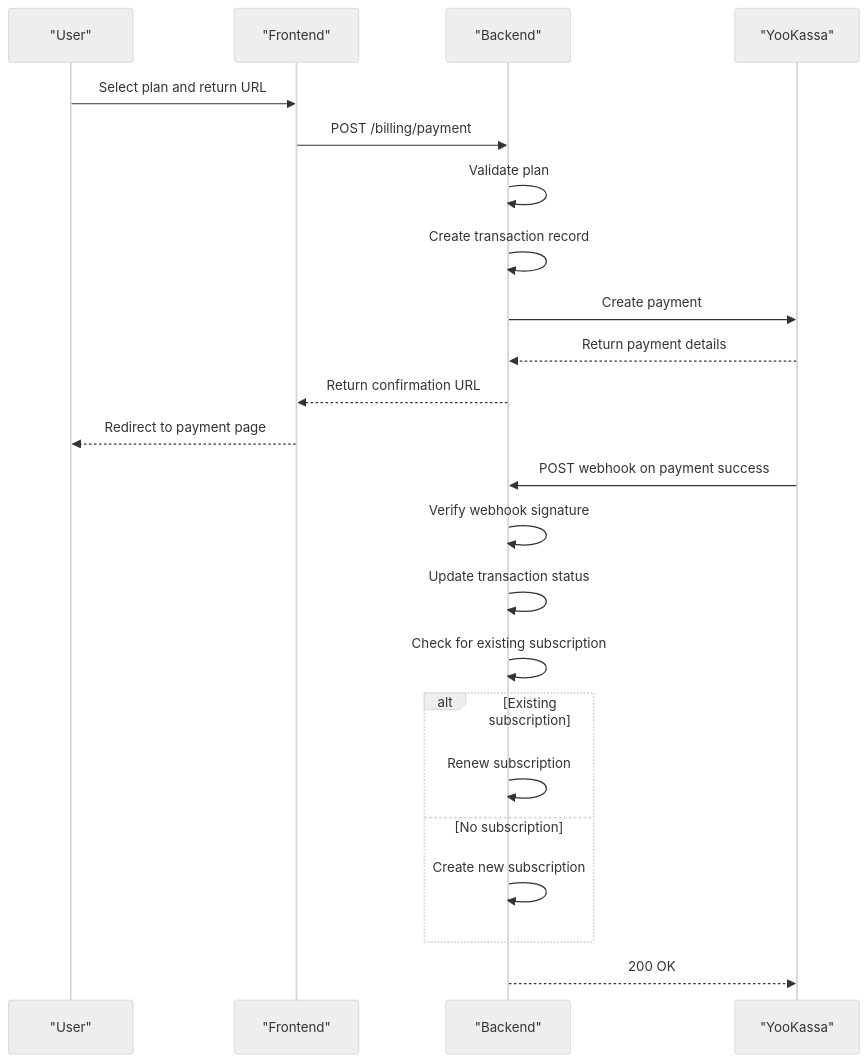
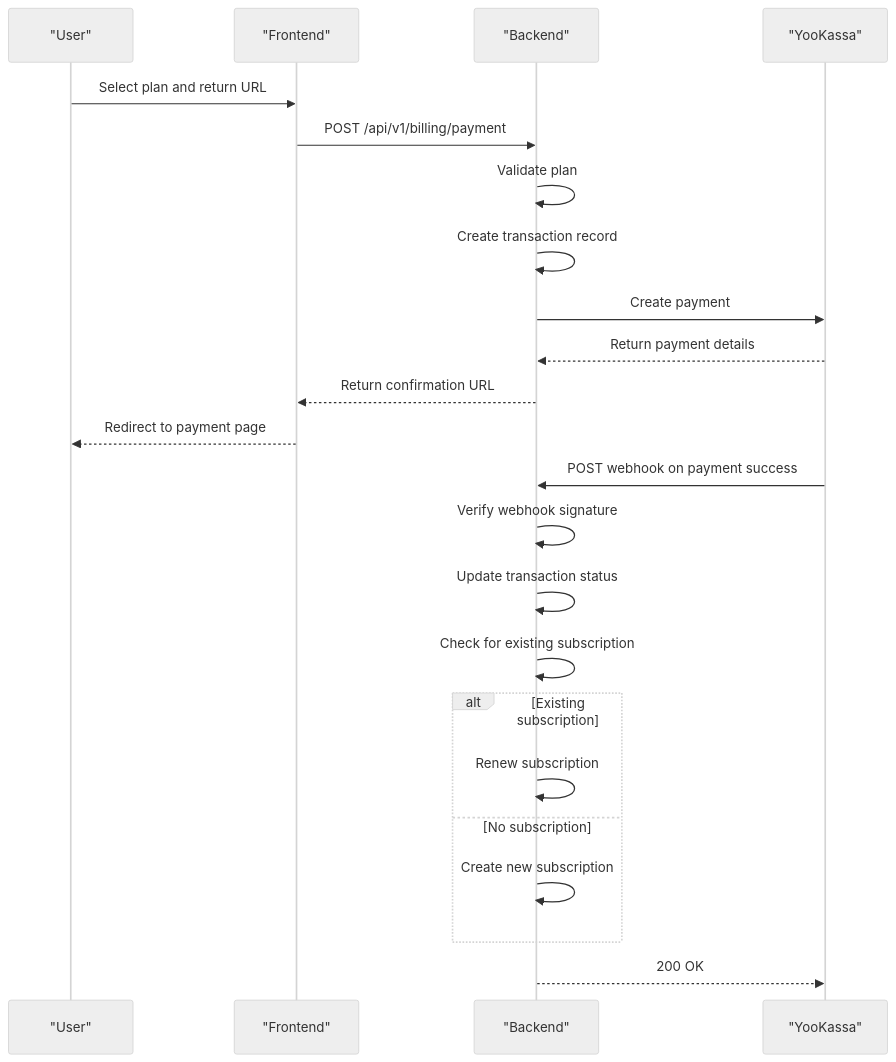
Before and after one commit to yshishenya/open-webui: the tenth of 16 diagrams in .qoder/repowiki/en/content/API Reference/Administration API/Billing Management/Billing Management.md, drawn with Mermaid (neutral theme). The commit also changed other lines of this file and 345 other files, not shown here.

````diff
--- a/.qoder/repowiki/en/content/API Reference/Administration API/Billing Management/Billing Management.md
+++ b/.qoder/repowiki/en/content/API Reference/Administration API/Billing Management/Billing Management.md
@@ -366,25 +401,25 @@
 ```mermaid
 sequenceDiagram
 participant User as "User"
 participant Frontend as "Frontend"
 participant Backend as "Backend"
 participant YooKassa as "YooKassa"
 User->>Frontend : Select plan and return URL
-Frontend->>Backend : POST /billing/payment
+Frontend->>Backend : POST /api/v1/billing/payment
 Backend->>Backend : Validate plan
 Backend->>Backend : Create transaction record
 Backend->>YooKassa : Create payment
 YooKassa-->>Backend : Return payment details
 Backend-->>Frontend : Return confirmation URL
 Frontend-->>User : Redirect to payment page
 YooKassa->>Backend : POST webhook on payment success
 Backend->>Backend : Verify webhook signature
 Backend->>Backend : Update transaction status
 Backend->>Backend : Check for existing subscription
 alt Existing subscription
 Backend->>Backend : Renew subscription
 else No subscription
 Backend->>Backend : Create new subscription
 end
 Backend-->>YooKassa : 200 OK
 ```
````
